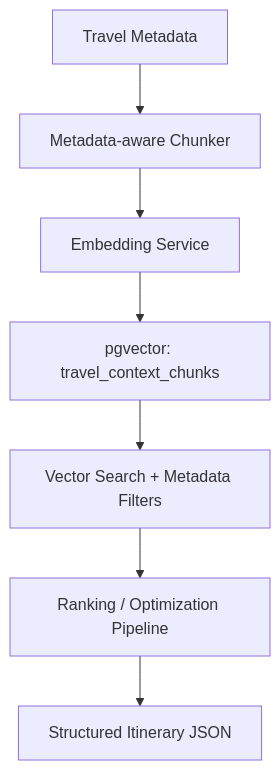
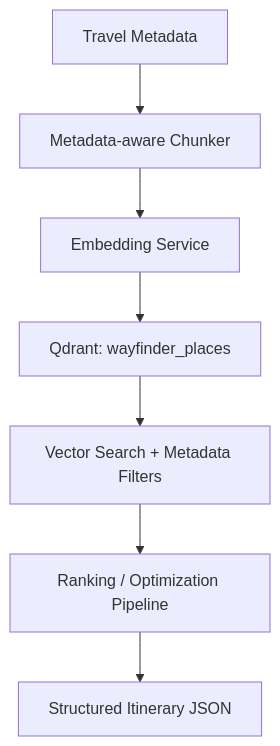
Before and after one commit to PRRanavvv/WayFinder-Labs: the diagram in docs/VECTOR_DB_SELECTION.md, drawn with Mermaid. The commit also changed other lines of this file and 23 other files, not shown here.

````diff
--- a/docs/VECTOR_DB_SELECTION.md
+++ b/docs/VECTOR_DB_SELECTION.md
@@ -24,9 +24,9 @@
 ```mermaid
 flowchart TD
   Metadata["Travel Metadata"] --> Chunker["Metadata-aware Chunker"]
   Chunker --> Embeddings["Embedding Service"]
-  Embeddings --> Store["pgvector: travel_context_chunks"]
+  Embeddings --> Store["Qdrant: wayfinder_places"]
   Store --> Search["Vector Search + Metadata Filters"]
   Search --> Ranker["Ranking / Optimization Pipeline"]
   Ranker --> Itinerary["Structured Itinerary JSON"]
 ```
````
